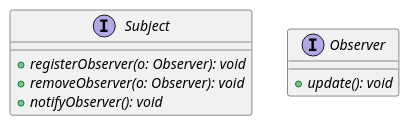
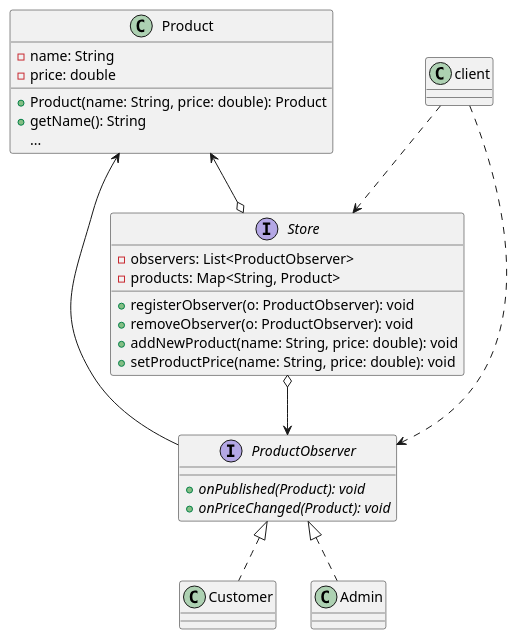
Before and after one commit to mskmktsk/design_patterns: the diagram in out/production/design-patterns/_3_行为型模式/_5_观察者模式_Observer/Observer.puml, drawn with PlantUML. The commit also changed 7 other files, not shown here.

```diff
--- a/out/production/design-patterns/_3_行为型模式/_5_观察者模式_Observer/Observer.puml
+++ b/out/production/design-patterns/_3_行为型模式/_5_观察者模式_Observer/Observer.puml
@@ -1,15 +1,37 @@
 @startuml
 
-interface Subject {
-    + {abstract} registerObserver(o: Observer): void
-    + {abstract} removeObserver(o: Observer): void
-    + {abstract} notifyObserver(): void
+interface Store {
+    - observers: List<ProductObserver>
+    - products: Map<String, Product>
+
+    + registerObserver(o: ProductObserver): void
+    + removeObserver(o: ProductObserver): void
+    + addNewProduct(name: String, price: double): void
+    + setProductPrice(name: String, price: double): void
 }
 
-interface Observer {
-    + {abstract} update(): void
+class Product {
+    - name: String
+    - price: double
+    + Product(name: String, price: double): Product
+    + getName(): String
+    {method} ...
 }
 
+interface ProductObserver {
+    + {abstract} onPublished(Product): void
+    + {abstract} onPriceChanged(Product): void
+}
 
+class Customer implements ProductObserver
+class Admin implements ProductObserver
+
+Store o--> ProductObserver
+
+Product <-- ProductObserver
+Product <--o Store
+
+client ..> Store
+client ..> ProductObserver
 
 @enduml
```
